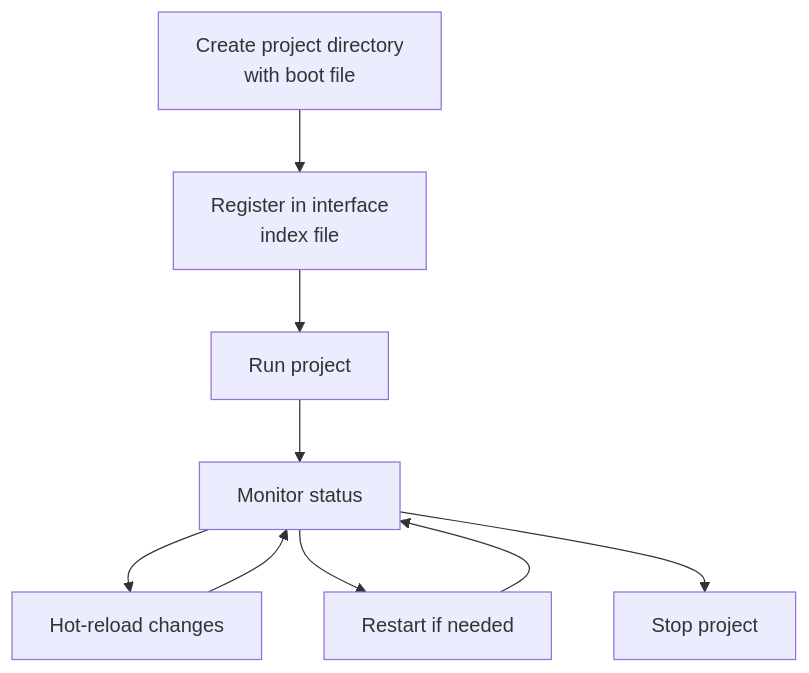
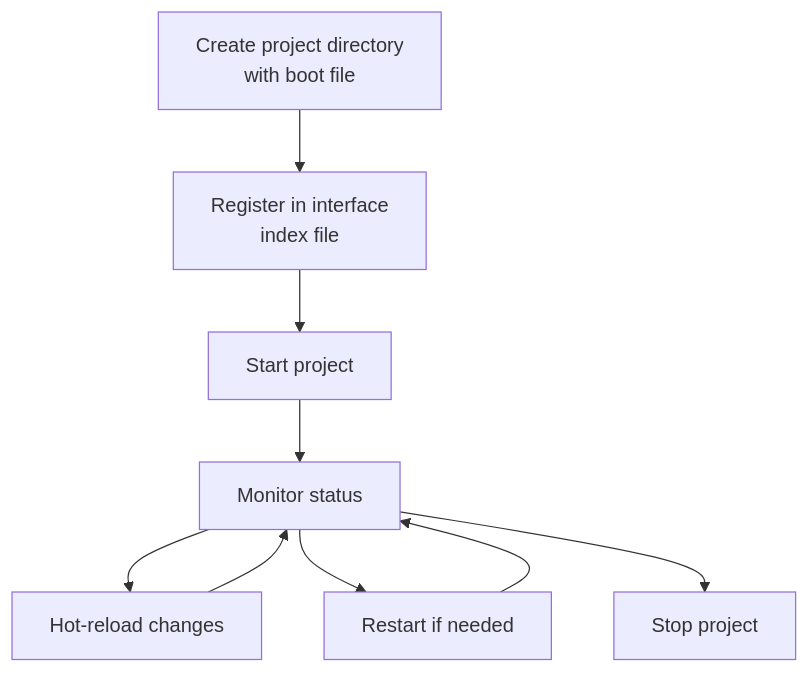
One commit to bootgly/bootgly_docs changed the second of 2 diagrams in src/pages/manual/Bootgly/essential/projects.overview.en-US.md. Above: the diagram before and after it, drawn with Mermaid. The commit also changed other lines of this file and 1 other file, not shown here.

Commit message:
fix: update command from 'run' to 'start' in project management documentation

````diff
--- a/src/pages/manual/Bootgly/essential/projects.overview.en-US.md
+++ b/src/pages/manual/Bootgly/essential/projects.overview.en-US.md
@@ -248,11 +248,11 @@
 ```mermaid
 graph TB
   Create["Create project directory\nwith boot file"] --> Register["Register in interface\nindex file"]
-  Register --> Run["Run project"]
-  Run --> Show["Monitor status"]
+  Register --> Start["Start project"]
+  Start --> Show["Monitor status"]
   Show --> Reload["Hot-reload changes"]
   Reload --> Show
   Show --> Restart["Restart if needed"]
   Restart --> Show
   Show --> Stop["Stop project"]
 ```
````
